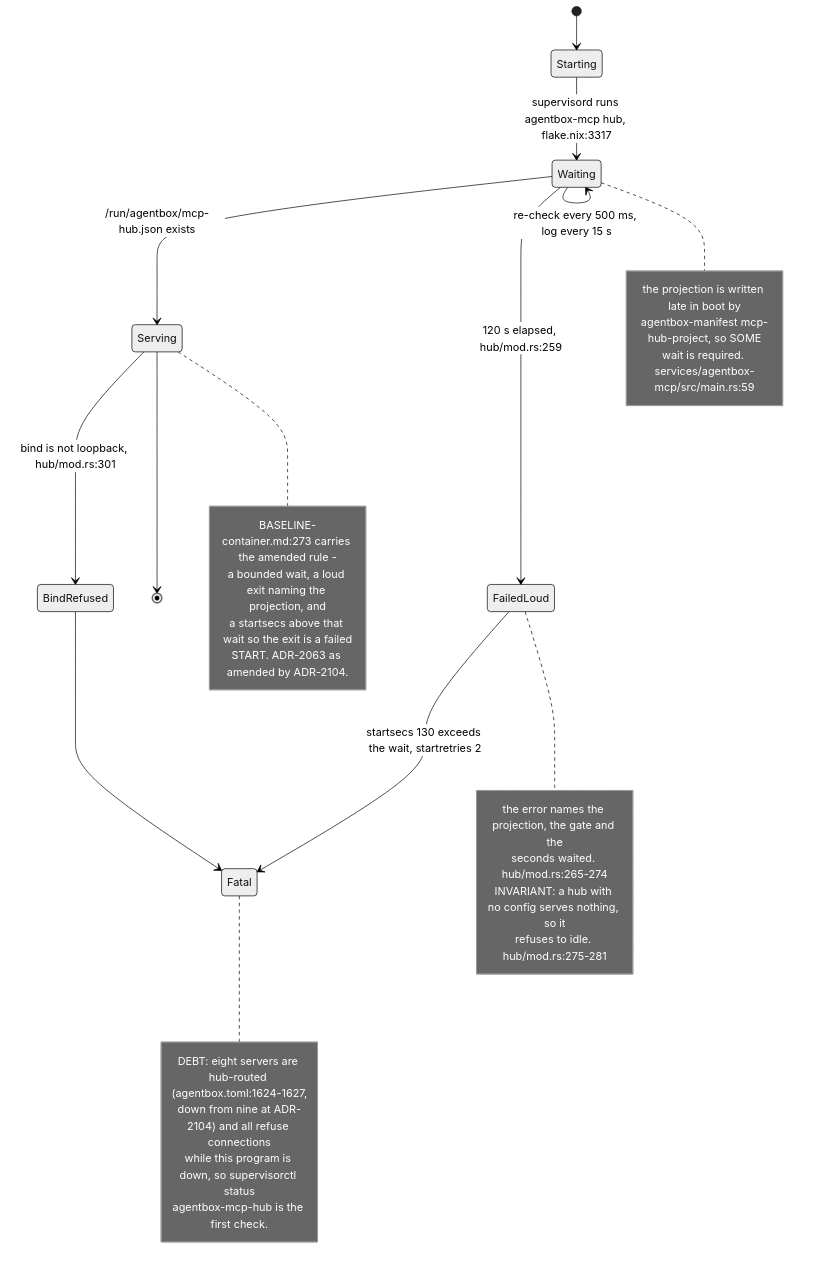
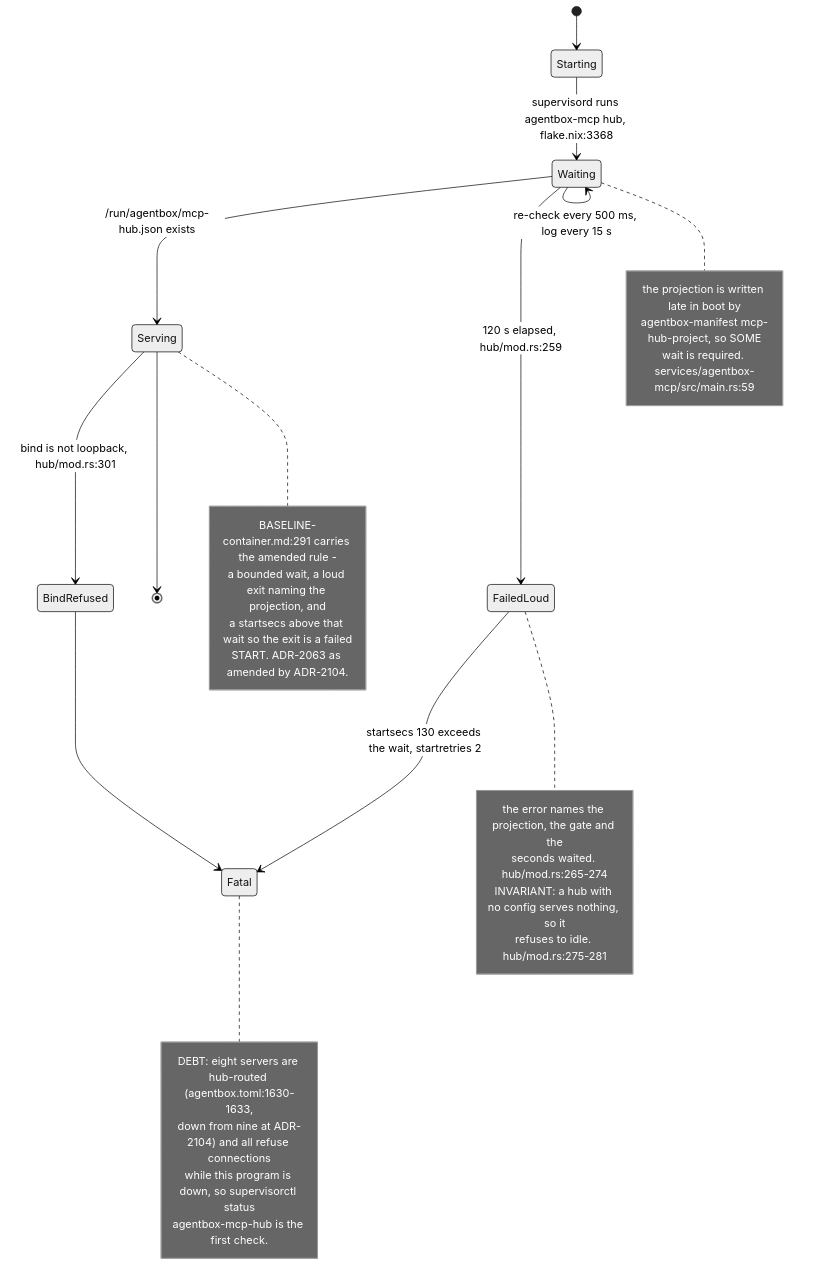
The seventh of 7 diagrams in docs/diagrams/agentbox/09-mcp-servers-catalogue.md (DreamLab-AI/VisionFlow), drawn with Mermaid (neutral theme) before and after one commit. The commit also changed other lines of this file and 154 other files, not shown here.

First line of the commit message:
docs(diagrams): re-stamp 154 topics whose every citation still reads the same text at the current heads

````diff
--- a/docs/diagrams/agentbox/09-mcp-servers-catalogue.md
+++ b/docs/diagrams/agentbox/09-mcp-servers-catalogue.md
@@ -225,35 +225,35 @@
 ```mermaid
 stateDiagram-v2
     [*] --> Starting
-    Starting --> Waiting : supervisord runs agentbox-mcp hub, flake.nix:3317
+    Starting --> Waiting : supervisord runs agentbox-mcp hub, flake.nix:3368
     Waiting --> Serving : /run/agentbox/mcp-hub.json exists
     Waiting --> Waiting : re-check every 500 ms, log every 15 s
     Waiting --> FailedLoud : 120 s elapsed, hub/mod.rs:259
     Serving --> BindRefused : bind is not loopback, hub/mod.rs:301
     FailedLoud --> Fatal : startsecs 130 exceeds the wait, startretries 2
     BindRefused --> Fatal
     Serving --> [*]
     note right of Waiting
         the projection is written late in boot by
         agentbox-manifest mcp-hub-project, so SOME
         wait is required. services/agentbox-mcp/src/main.rs:59
     end note
     note right of FailedLoud
         the error names the projection, the gate and the
         seconds waited. hub/mod.rs:265-274
         INVARIANT: a hub with no config serves nothing, so it
         refuses to idle. hub/mod.rs:275-281
     end note
     note right of Serving
-        BASELINE-container.md:273 carries the amended rule -
+        BASELINE-container.md:291 carries the amended rule -
         a bounded wait, a loud exit naming the projection, and
         a startsecs above that wait so the exit is a failed
         START. ADR-2063 as amended by ADR-2104.
     end note
     note right of Fatal
-        DEBT: eight servers are hub-routed (agentbox.toml:1624-1627,
+        DEBT: eight servers are hub-routed (agentbox.toml:1630-1633,
         down from nine at ADR-2104) and all refuse connections
         while this program is down, so supervisorctl status
         agentbox-mcp-hub is the first check.
     end note
 ```
````
